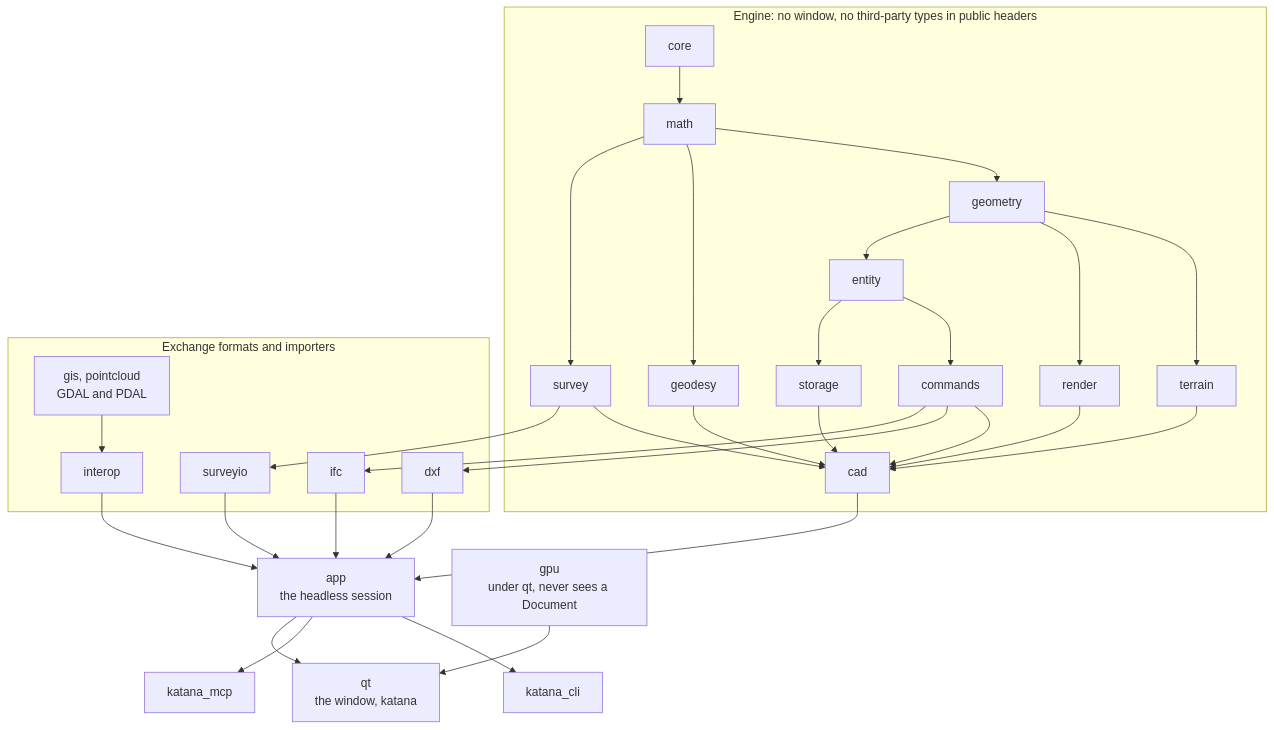
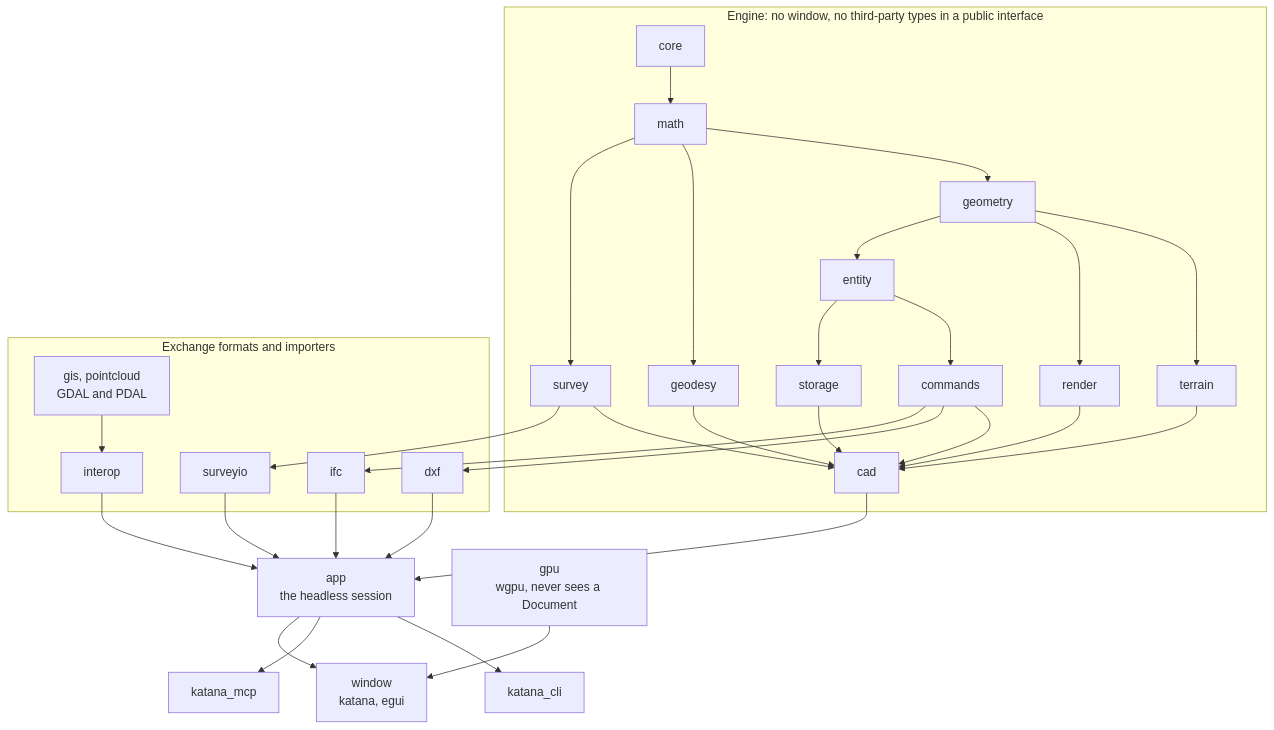
The diagram in README.md (kjarada/Katana), drawn with Mermaid before and after one commit. The commit also changed other lines of this file and 7 other files, not shown here.

````diff
--- a/README.md
+++ b/README.md
@@ -370,30 +375,30 @@
 ```mermaid
 flowchart TB
-    subgraph engine["Engine: no window, no third-party types in public headers"]
+    subgraph engine["Engine: no window, no third-party types in a public interface"]
         core --> math --> geometry
         geometry --> terrain
         geometry --> render
         geometry --> entity
         entity --> commands --> cad
         entity --> storage --> cad
         terrain --> cad
         render --> cad
         math --> geodesy --> cad
         math --> survey --> cad
     end
     subgraph exchange["Exchange formats and importers"]
         commands --> dxf
         commands --> ifc
         survey --> surveyio
         gis["gis, pointcloud<br>GDAL and PDAL"] --> interop
     end
     cad --> app["app<br>the headless session"]
     dxf --> app
     ifc --> app
     surveyio --> app
     interop --> app
     app --> cli["katana_cli"]
     app --> mcp["katana_mcp"]
-    app --> qt["qt<br>the window, katana"]
-    gpu["gpu<br>under qt, never sees a Document"] --> qt
+    app --> window["window<br>katana, egui"]
+    gpu["gpu<br>wgpu, never sees a Document"] --> window
 ```
````
